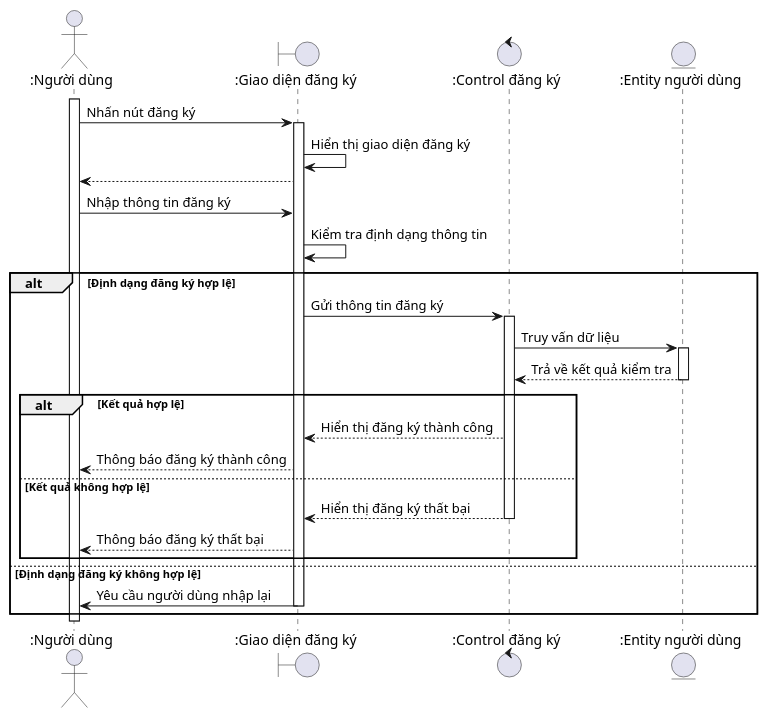
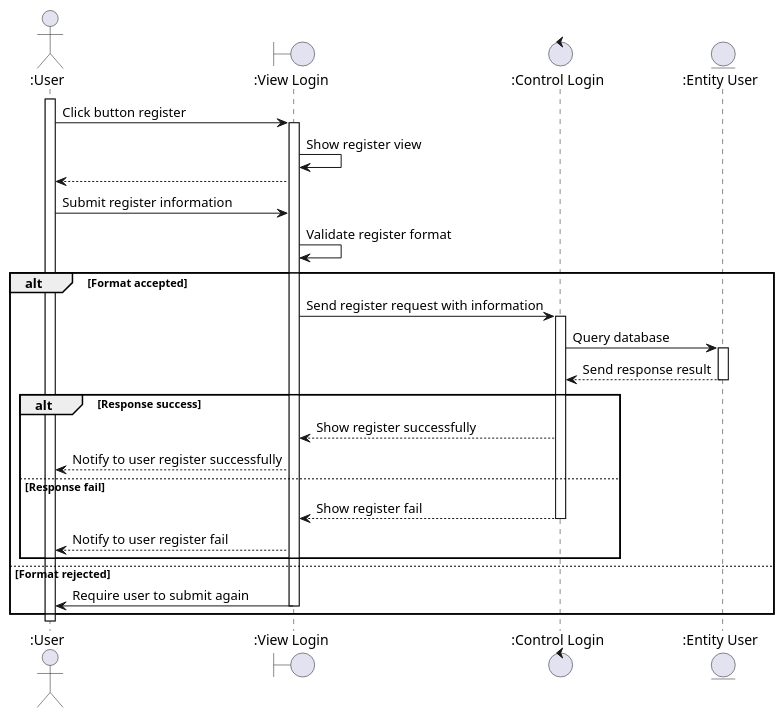
Before and after one commit to techcomrade/fmECG: the diagram in diagram/sequence/mobile_app/register.pu, drawn with PlantUML. The commit also changed 14 other files, not shown here.

Commit message:
feature(diagram): add all app sequence diagrams

```diff
--- a/diagram/sequence/mobile_app/register.pu
+++ b/diagram/sequence/mobile_app/register.pu
@@ -1,37 +1,36 @@
 @startuml
 
-actor ":Người dùng" as User
-boundary ":Giao diện đăng ký" as ClientApp
-control ":Control đăng ký" as Control
-entity ":Entity người dùng" as Entity
+actor ":User" as User
+boundary ":View Login" as ClientApp
+control ":Control Login" as Control
+entity ":Entity User" as Entity
 
 activate User
-User -> ClientApp: Nhấn nút đăng ký
+User -> ClientApp: Click button register
 activate ClientApp
-ClientApp -> ClientApp: Hiển thị giao diện đăng ký
+ClientApp -> ClientApp: Show register view
 ClientApp --> User
-User -> ClientApp: Nhập thông tin đăng ký
-ClientApp -> ClientApp: Kiểm tra định dạng thông tin
-alt Định dạng đăng ký hợp lệ
-  ClientApp -> Control: Gửi thông tin đăng ký
+User -> ClientApp: Submit register information
+ClientApp -> ClientApp: Validate register format
+alt Format accepted
+  ClientApp -> Control: Send register request with information
   activate Control
-  Control -> Entity: Truy vấn dữ liệu
+  Control -> Entity: Query database
   activate Entity
-  Entity --> Control: Trả về kết quả kiểm tra
+  Entity --> Control: Send response result
   deactivate Entity
-  alt Kết quả hợp lệ
-    Control --> ClientApp: Hiển thị đăng ký thành công
-    ClientApp --> User: Thông báo đăng ký thành công
-  else Kết quả không hợp lệ
-    Control --> ClientApp: Hiển thị đăng ký thất bại
+  alt Response success
+    Control --> ClientApp: Show register successfully
+    ClientApp --> User: Notify to user register successfully
+  else Response fail
+    Control --> ClientApp: Show register fail
     deactivate Control
-    ClientApp --> User: Thông báo đăng ký thất bại 
+    ClientApp --> User: Notify to user register fail
   end
 
-else Định dạng đăng ký không hợp lệ
-  ClientApp -> User: Yêu cầu người dùng nhập lại
+else Format rejected
+  ClientApp -> User: Require user to submit again
   deactivate ClientApp
 end
 deactivate User
-
 @enduml
```
